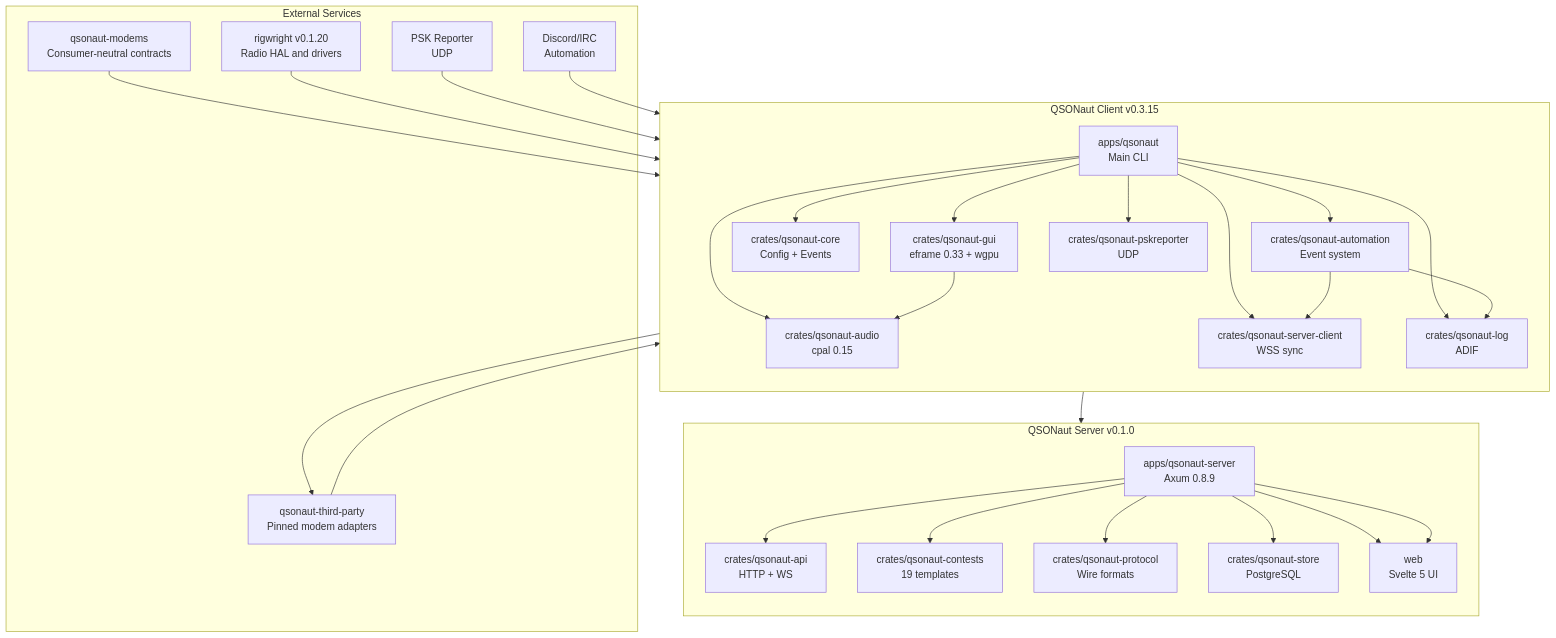
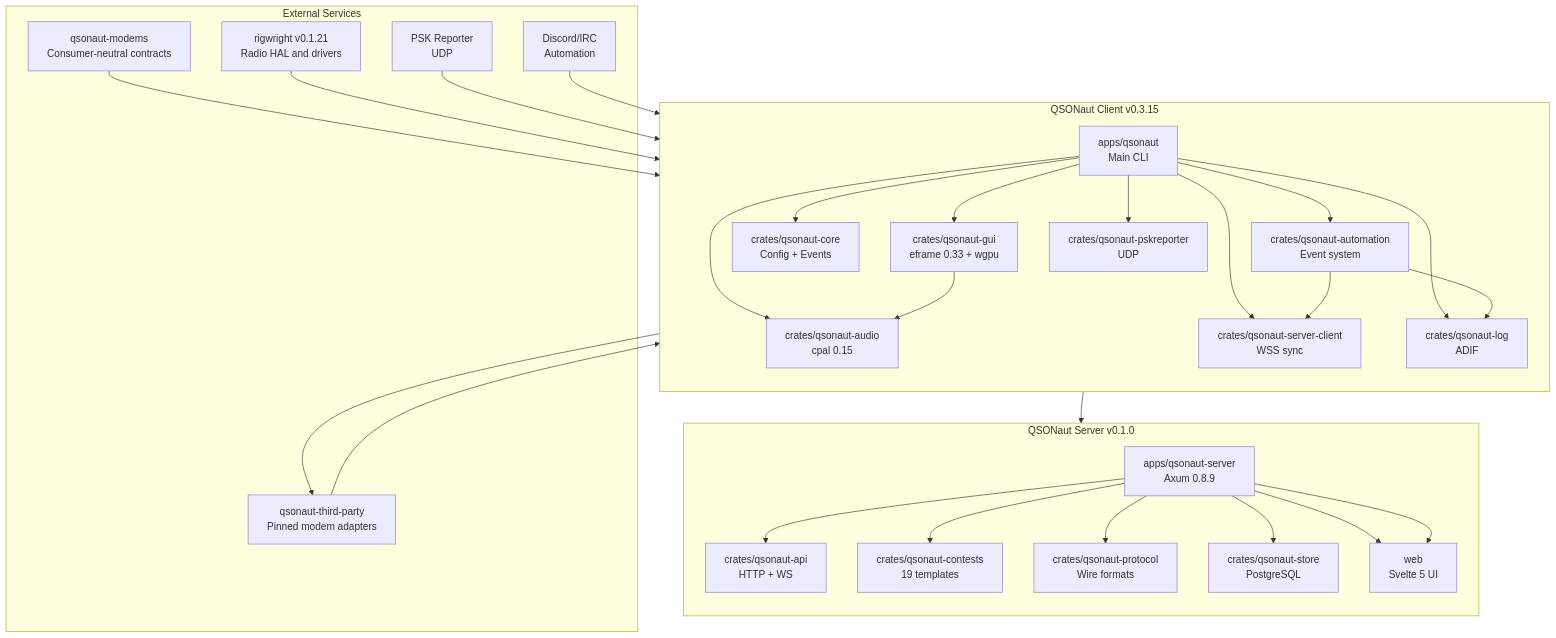
Before and after one commit to nicksbar/QSONaut: the first of 6 diagrams in docs/ARCHITECTURE.md, drawn with Mermaid. The commit also changed other lines of this file and 2 other files, not shown here.

Commit message:
Align QSONaut applications with Rigwright 0.1.21

````diff
--- a/docs/ARCHITECTURE.md
+++ b/docs/ARCHITECTURE.md
@@ -5,45 +5,45 @@
 ```mermaid
 graph TB
     subgraph QSONaut_Client["QSONaut Client v0.3.15"]
         direction TB
         A[apps/qsonaut<br/>Main CLI]
         A --> B[crates/qsonaut-gui<br/>eframe 0.33 + wgpu]
         A --> C[crates/qsonaut-core<br/>Config + Events]
         A --> F[crates/qsonaut-audio<br/>cpal 0.15]
         A --> G[crates/qsonaut-automation<br/>Event system]
         A --> H[crates/qsonaut-server-client<br/>WSS sync]
         A --> I[crates/qsonaut-log<br/>ADIF]
         A --> J[crates/qsonaut-pskreporter<br/>UDP]
         
         B --> F
         G --> H
         G --> I
     end
     
     subgraph QSONaut_Server["QSONaut Server v0.1.0"]
         direction TB
         K[apps/qsonaut-server<br/>Axum 0.8.9]
         K --> L[crates/qsonaut-api<br/>HTTP + WS]
         K --> M[crates/qsonaut-contests<br/>19 templates]
         K --> N[crates/qsonaut-protocol<br/>Wire formats]
         K --> O[crates/qsonaut-store<br/>PostgreSQL]
         K --> P[web<br/>Svelte 5 UI]
     end
     
     subgraph External["External Services"]
         Q[qsonaut-third-party<br/>Pinned modem adapters]
         U[qsonaut-modems<br/>Consumer-neutral contracts]
-        R[rigwright v0.1.20<br/>Radio HAL and drivers]
+        R[rigwright v0.1.21<br/>Radio HAL and drivers]
         S[PSK Reporter<br/>UDP]
         T[Discord/IRC<br/>Automation]
     end
     
     Q --> B
     U --> B
     F --> Q
     R --> A
     S --> I
     T --> G
     H --> K
     K --> P
 ```
````
